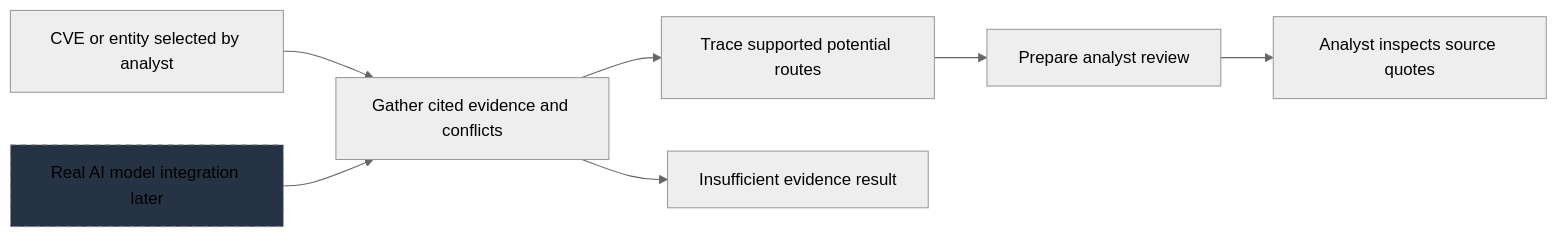
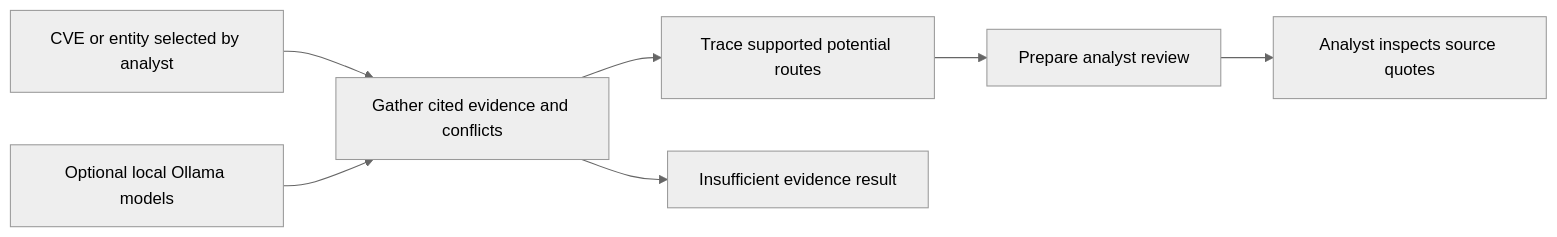
Before and after one commit to SYNTHOS7/Nosleep: the third of 6 diagrams in interactive_knowledge_base_architecture_phase1_phase2_v2.md, drawn with Mermaid (neutral theme). The commit also changed other lines of this file and 28 other files, not shown here.

Commit message:
Add real local Ollama AI and offline NVD/STIX imports

````diff
--- a/interactive_knowledge_base_architecture_phase1_phase2_v2.md
+++ b/interactive_knowledge_base_architecture_phase1_phase2_v2.md
@@ -63,17 +63,16 @@
 ```mermaid
 flowchart LR
     entity["CVE or entity selected by analyst"]
     gather["Gather cited evidence and conflicts"]
     trace["Trace supported potential routes"]
     review["Prepare analyst review"]
     empty["Insufficient evidence result"]
     human["Analyst inspects source quotes"]
-    model["Real AI model integration later"]
-    style model stroke-dasharray: 5 5,fill:#263344
+    model["Optional local Ollama models"]
     entity --> gather
     gather --> trace
     trace --> review
     gather --> empty
     review --> human
     model --> gather
 ```
````
